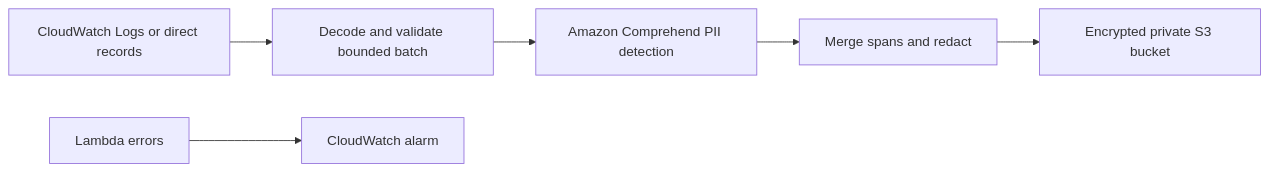
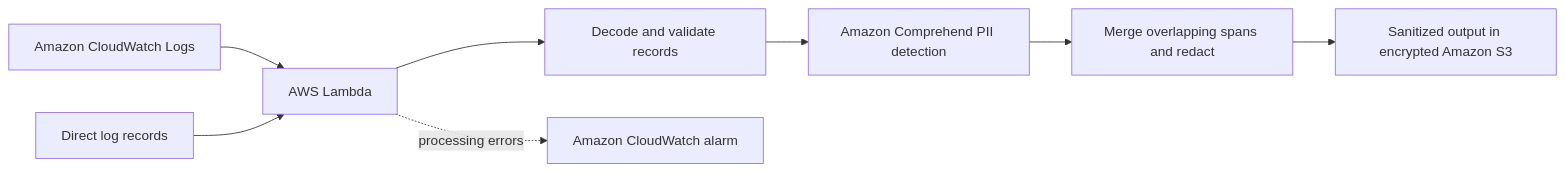
Before and after one commit to praveen-ai-platform/pii-comprehend-remediation-pipeline: the diagram in README.md, drawn with Mermaid. The commit also changed other lines of this file and 2 other files, not shown here.

Commit message:
Present PII remediation PoC as an architecture and workflow overview

````diff
--- a/README.md
+++ b/README.md
@@ -11,8 +20,10 @@
 ```mermaid
 flowchart LR
-  Logs[CloudWatch Logs or direct records] --> Validate[Decode and validate bounded batch]
-  Validate --> Comprehend[Amazon Comprehend PII detection]
-  Comprehend --> Mask[Merge spans and redact]
-  Mask --> S3[Encrypted private S3 bucket]
-  Lambda[Lambda errors] --> Alarm[CloudWatch alarm]
+    CW[Amazon CloudWatch Logs] --> L[AWS Lambda]
+    INPUT[Direct log records] --> L
+    L --> V[Decode and validate records]
+    V --> C[Amazon Comprehend PII detection]
+    C --> R[Merge overlapping spans and redact]
+    R --> S3[Sanitized output in encrypted Amazon S3]
+    L -. processing errors .-> ALARM[Amazon CloudWatch alarm]
 ```
````
